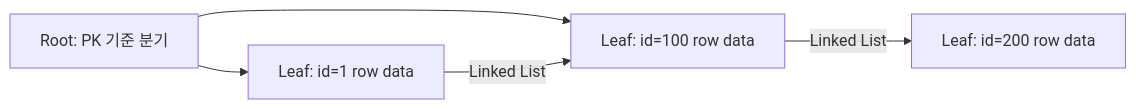
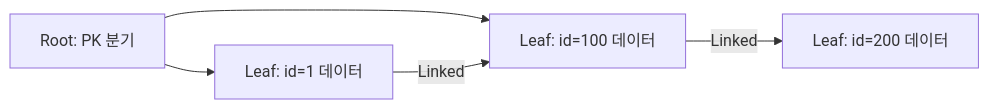
The second of 4 diagrams in _posts/db/2026-05-01-db-index.md (yjkim2015/yjkim2015.github.io), drawn with Mermaid before and after one commit. The commit also changed other lines of this file and 245 other files, not shown here.

First line of the commit message:
Mermaid 다이어그램 전면 수정 + 면접 포인트 접기/펼치기 + DB 데드락 페이지

````diff
--- a/_posts/db/2026-05-01-db-index.md
+++ b/_posts/db/2026-05-01-db-index.md
@@ -133,7 +133,7 @@
 ```mermaid
 graph LR
-    Root["Root: PK 기준 분기"] --> L1["Leaf: id=1 row data"]
-    Root --> L2["Leaf: id=100 row data"]
-    L1 -->|"Linked List"| L2
-    L2 -->|"Linked List"| L3["Leaf: id=200 row data"]
+    Root["Root: PK 분기"] --> L1["Leaf: id=1 데이터"]
+    Root --> L2["Leaf: id=100 데이터"]
+    L1 -->|"Linked"| L2
+    L2 -->|"Linked"| L3["Leaf: id=200 데이터"]
 ```
````
